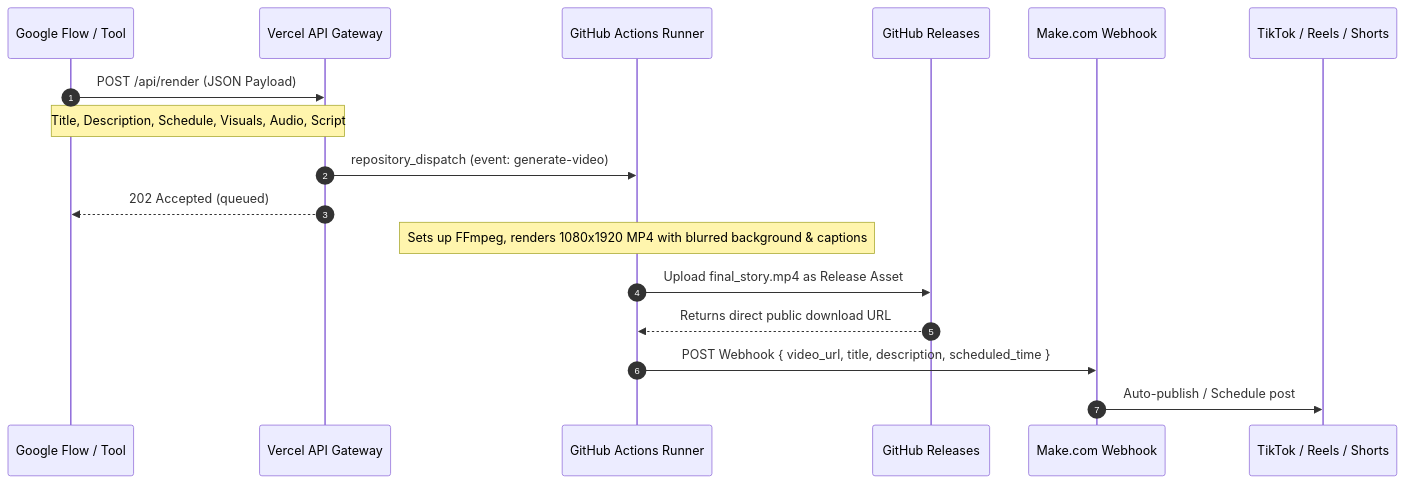
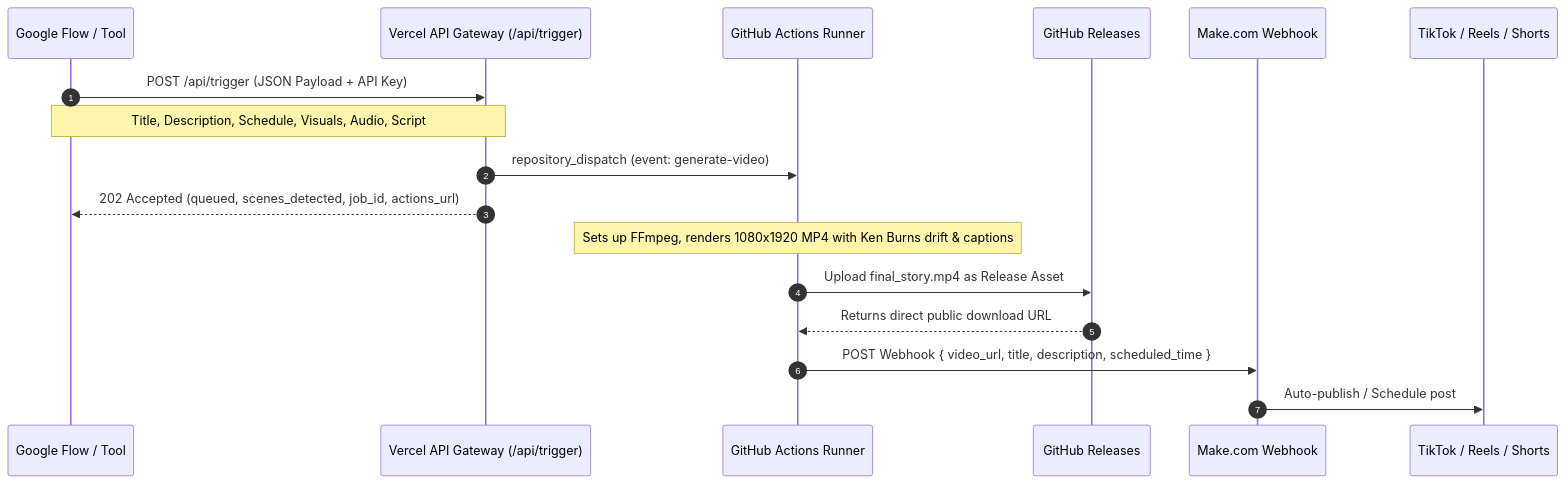
One commit to AllensCreations/FB-2minutes-Storymaker changed the diagram in docs/AUTOMATION_GUIDE.md. Above: the diagram before and after it, drawn with Mermaid. The commit also changed other lines of this file and 21 other files, not shown here.

Commit message:
feat: add Vercel API gateway for Google Flow with API key security and detailed response schema

````diff
--- a/docs/AUTOMATION_GUIDE.md
+++ b/docs/AUTOMATION_GUIDE.md
@@ -9,20 +9,20 @@
 ```mermaid
 sequenceDiagram
     autonumber
     participant GF as Google Flow / Tool
-    participant V as Vercel API Gateway
+    participant V as Vercel API Gateway (/api/trigger)
     participant GHA as GitHub Actions Runner
     participant R as GitHub Releases
     participant M as Make.com Webhook
     participant S as TikTok / Reels / Shorts
 
-    GF->>V: POST /api/render (JSON Payload)
+    GF->>V: POST /api/trigger (JSON Payload + API Key)
     Note over GF,V: Title, Description, Schedule, Visuals, Audio, Script
     V->>GHA: repository_dispatch (event: generate-video)
-    V-->>GF: 202 Accepted (queued)
-    Note over GHA: Sets up FFmpeg, renders 1080x1920 MP4 with blurred background & captions
+    V-->>GF: 202 Accepted (queued, scenes_detected, job_id, actions_url)
+    Note over GHA: Sets up FFmpeg, renders 1080x1920 MP4 with Ken Burns drift & captions
     GHA->>R: Upload final_story.mp4 as Release Asset
     R-->>GHA: Returns direct public download URL
     GHA->>M: POST Webhook { video_url, title, description, scheduled_time }
     M->>S: Auto-publish / Schedule post
 ```
````
